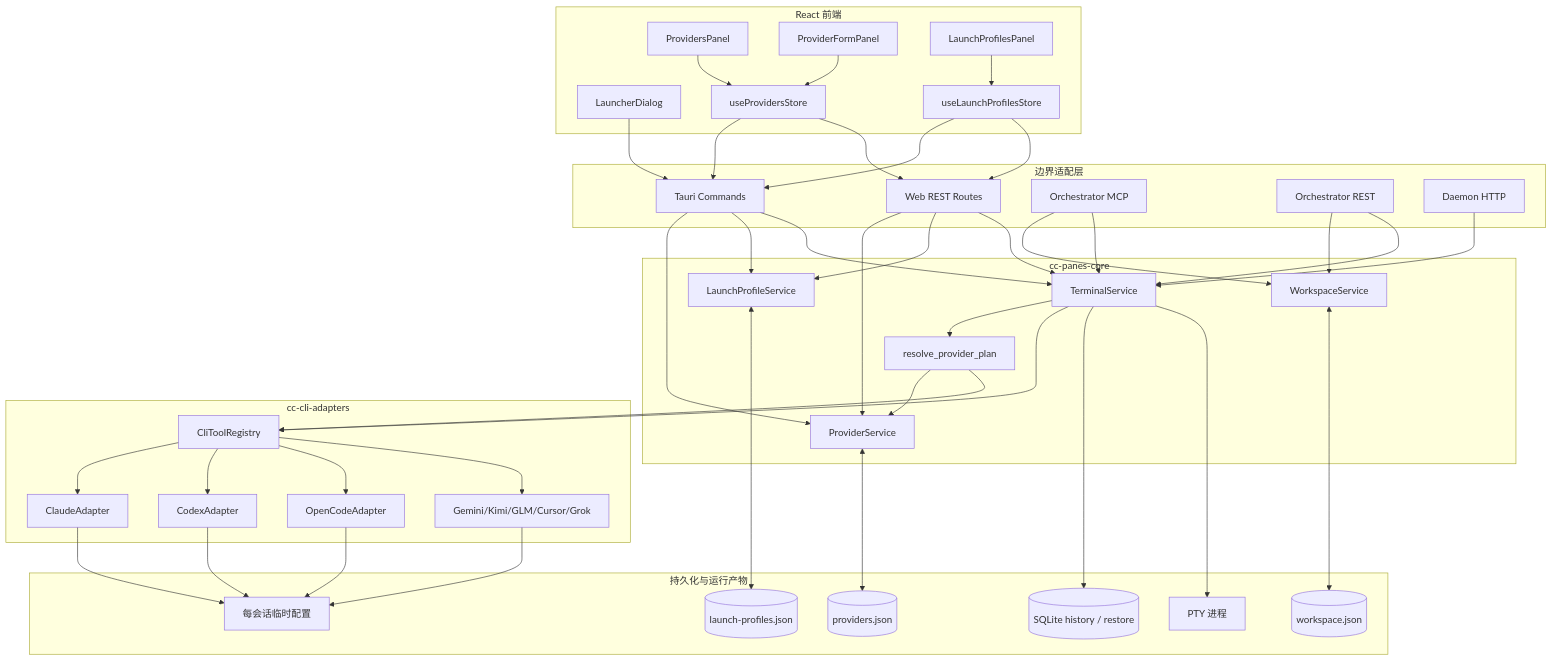
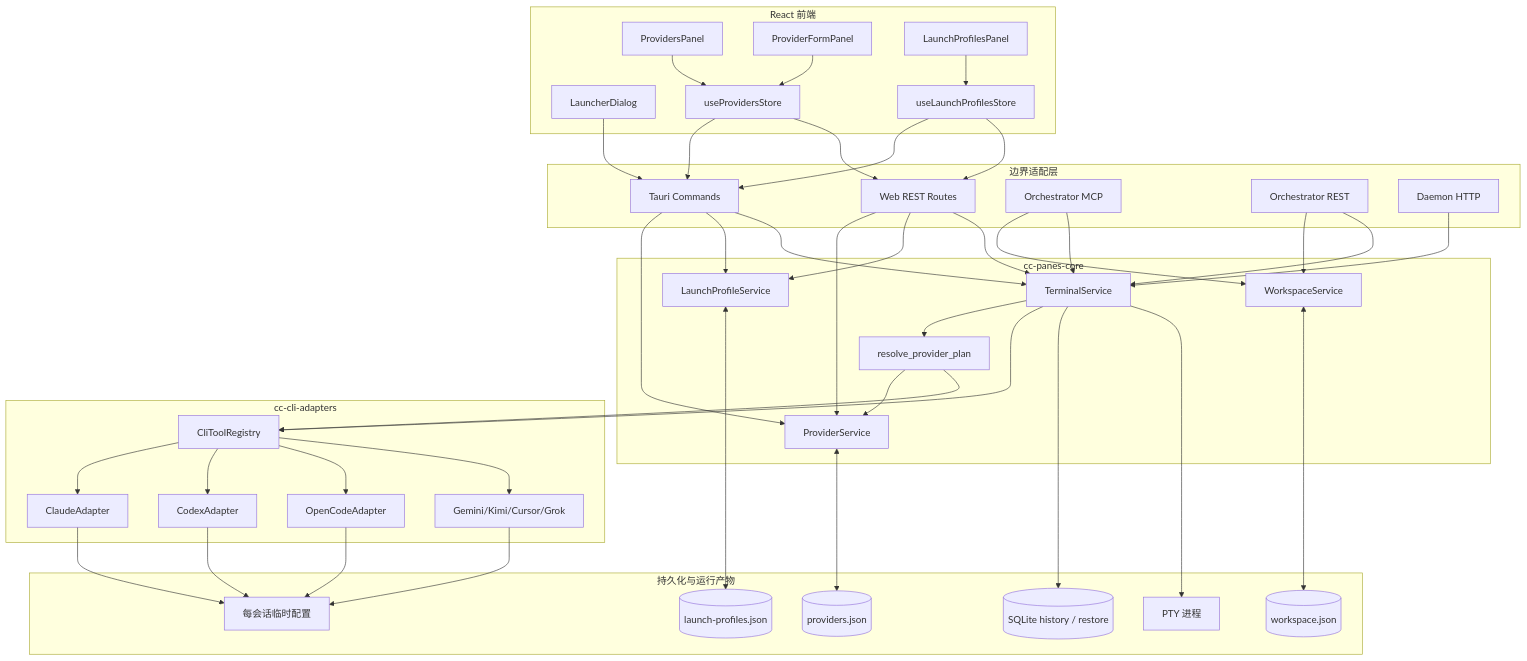
Before and after one commit to wuxiran/cc-pane: the first of 17 diagrams in docs/77-provider-architecture-and-runtime-manual.md, drawn with Mermaid. The commit also changed other lines of this file and 48 other files, not shown here.

```diff
--- a/docs/77-provider-architecture-and-runtime-manual.md
+++ b/docs/77-provider-architecture-and-runtime-manual.md
@@ -120,7 +120,7 @@
         CLAUDE[ClaudeAdapter]
         CODEX[CodexAdapter]
         OPEN[OpenCodeAdapter]
-        OTHER[Gemini/Kimi/GLM/Cursor/Grok]
+        OTHER[Gemini/Kimi/Cursor/Grok]
     end
 
     subgraph Storage[持久化与运行产物]
```
